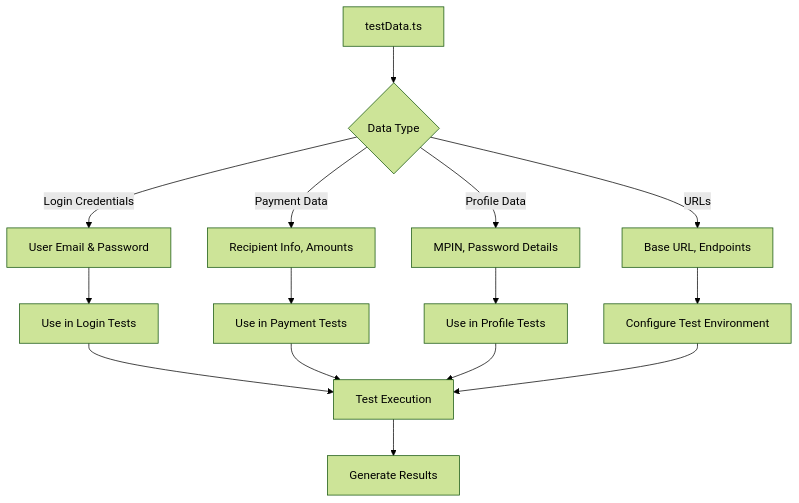
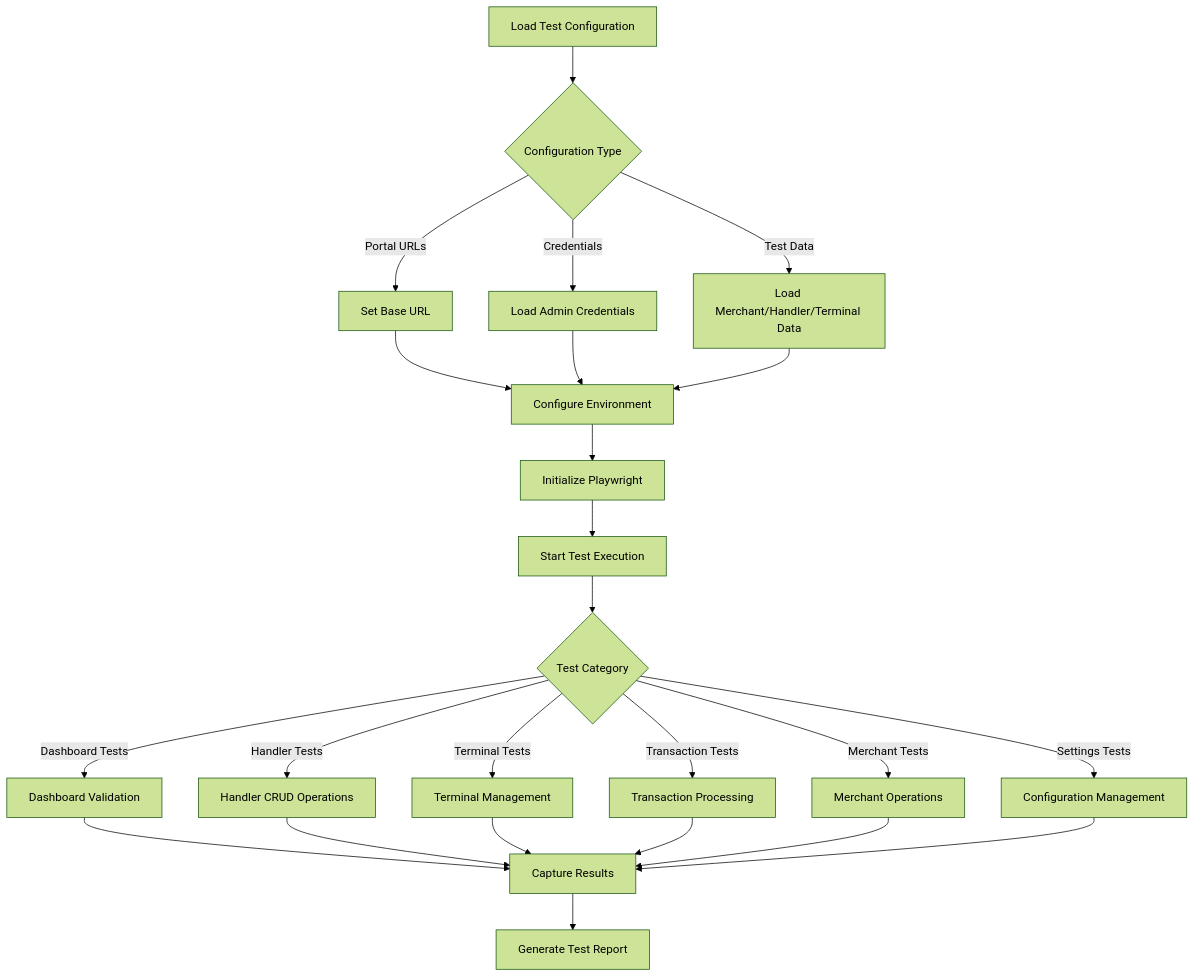
Before and after one commit to rabbiyamehmood/LKS_AXIAN_AUTOMATION: the seventh of 13 diagrams in FLOW_DIAGRAM.md, drawn with Mermaid (forest theme). The commit also changed other lines of this file, not shown here.

Commit message:
Update flow diagrams to match LKS portal structure (Admin Dashboard, Handlers, Terminals, Transactions)

````diff
--- a/FLOW_DIAGRAM.md
+++ b/FLOW_DIAGRAM.md
@@ -217,19 +235,31 @@
 ```mermaid
 graph TB
-    A[testData.ts] --> B{Data Type}
-    B -->|Login Credentials| C[User Email & Password]
-    B -->|Payment Data| D[Recipient Info, Amounts]
-    B -->|Profile Data| E[MPIN, Password Details]
-    B -->|URLs| F[Base URL, Endpoints]
+    A[Load Test Configuration] --> B{Configuration Type}
+    B -->|Portal URLs| C[Set Base URL]
+    B -->|Credentials| D[Load Admin Credentials]
+    B -->|Test Data| E[Load Merchant/Handler/Terminal Data]
     
-    C --> G[Use in Login Tests]
-    D --> H[Use in Payment Tests]
-    E --> I[Use in Profile Tests]
-    F --> J[Configure Test Environment]
+    C --> F[Configure Environment]
+    D --> F
+    E --> F
     
-    G --> K[Test Execution]
-    H --> K
-    I --> K
-    J --> K
-    K --> L[Generate Results]
+    F --> G[Initialize Playwright]
+    G --> H[Start Test Execution]
+    H --> I{Test Category}
+    
+    I -->|Dashboard Tests| J[Dashboard Validation]
+    I -->|Handler Tests| K[Handler CRUD Operations]
+    I -->|Terminal Tests| L[Terminal Management]
+    I -->|Transaction Tests| M[Transaction Processing]
+    I -->|Merchant Tests| N[Merchant Operations]
+    I -->|Settings Tests| O[Configuration Management]
+    
+    J --> P[Capture Results]
+    K --> P
+    L --> P
+    M --> P
+    N --> P
+    O --> P
+    
+    P --> Q[Generate Test Report]
 ```
````
